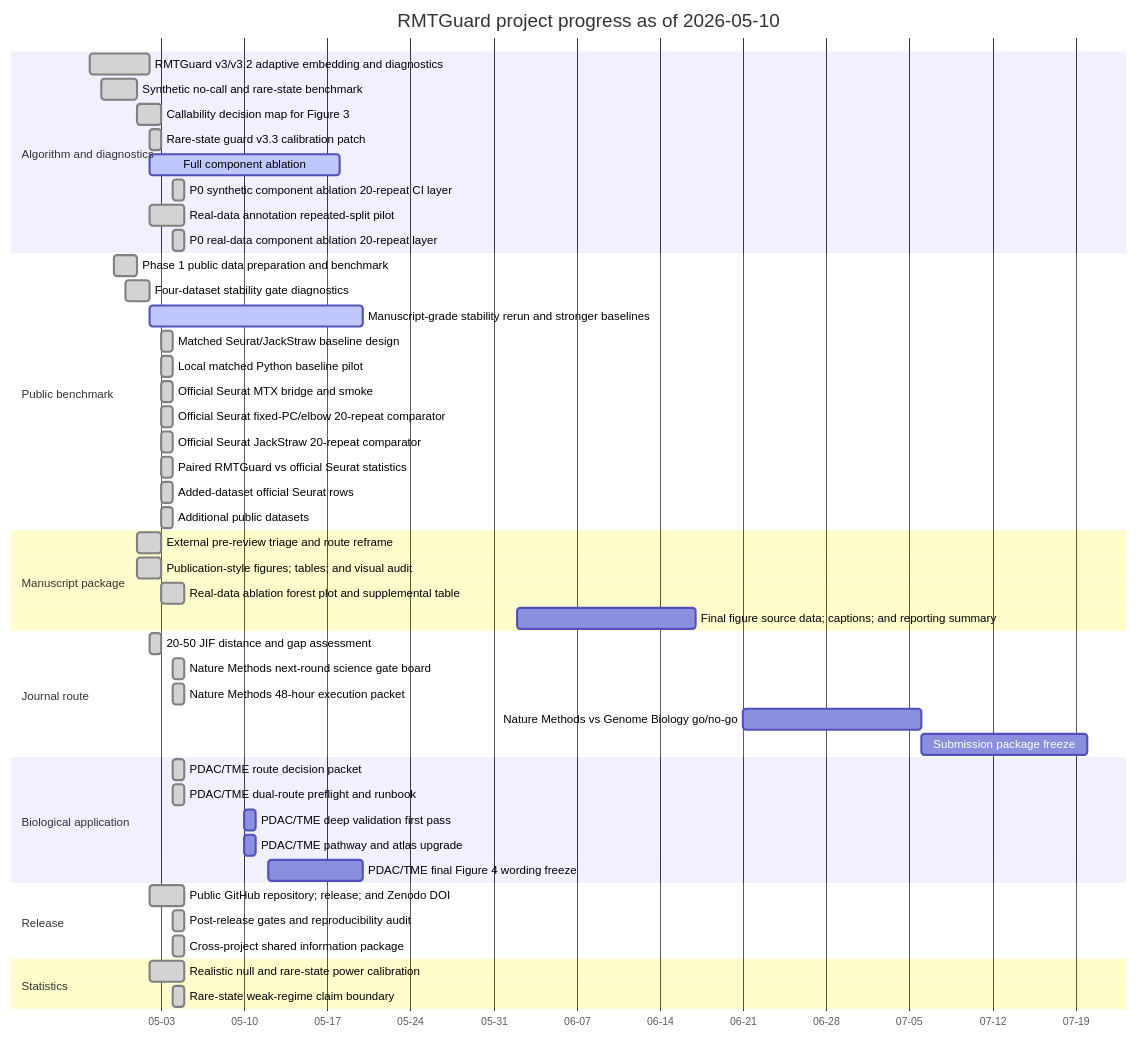
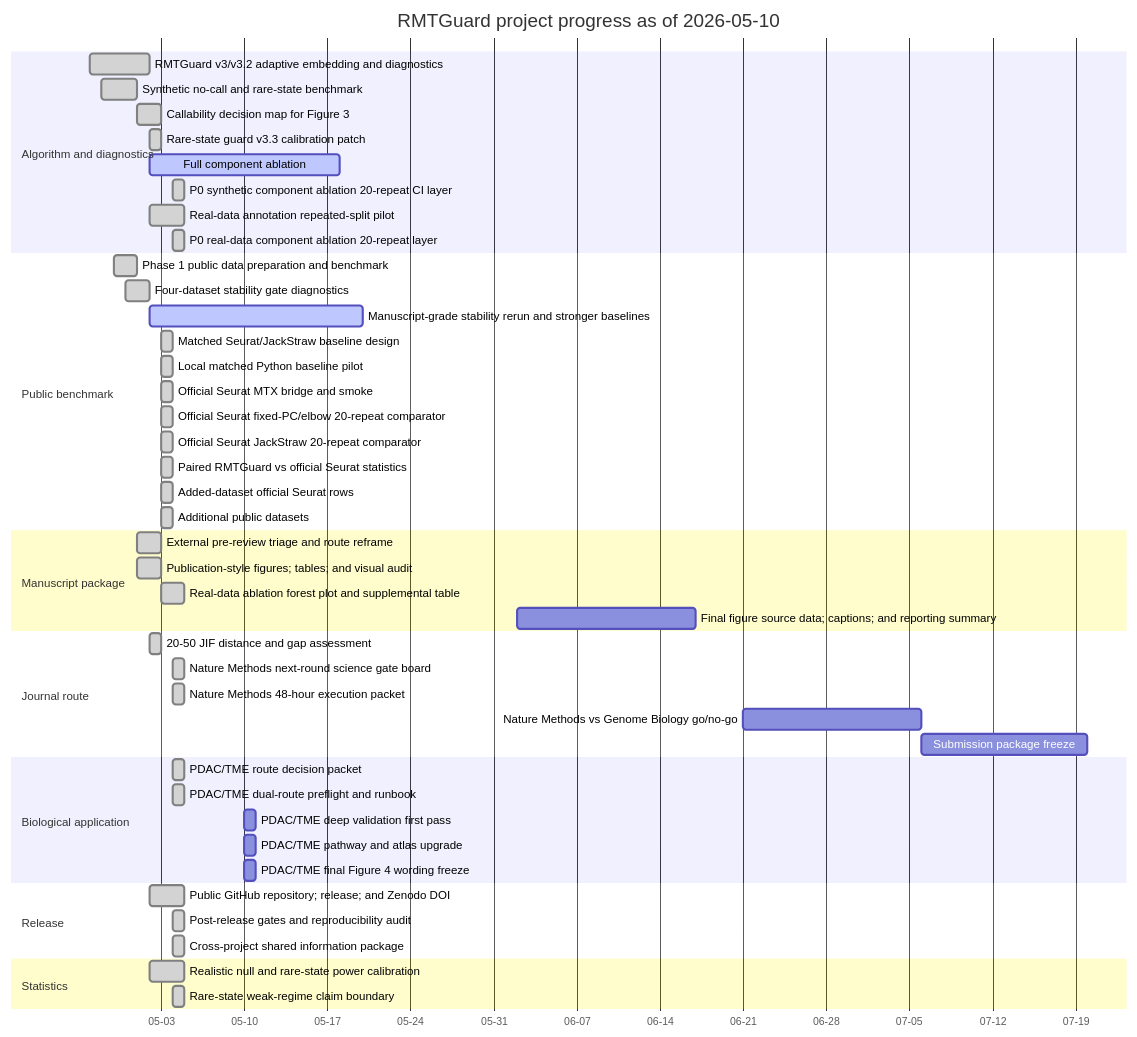
One commit to healthgreat/rmtguard changed the diagram in results/project_management/rmtguard_project_gantt.md. Above: the diagram before and after it, drawn with Mermaid. The commit also changed other lines of this file and 24 other files, not shown here.

Commit message:
Freeze bounded PDAC Figure 4 wording

````diff
--- a/results/project_management/rmtguard_project_gantt.md
+++ b/results/project_management/rmtguard_project_gantt.md
@@ -13,51 +13,51 @@
 ```mermaid
 gantt
     title RMTGuard project progress as of 2026-05-10
     dateFormat  YYYY-MM-DD
     axisFormat  %m-%d
     section Algorithm and diagnostics
     RMTGuard v3/v3.2 adaptive embedding and diagnostics :done, T01, 2026-04-27, 5d
     Synthetic no-call and rare-state benchmark :done, T02, 2026-04-28, 3d
     Callability decision map for Figure 3 :done, T03, 2026-05-01, 2d
     Rare-state guard v3.3 calibration patch :done, T04, 2026-05-02, 1d
     Full component ablation :active, T18, 2026-05-02, 16d
     P0 synthetic component ablation 20-repeat CI layer :done, T19, 2026-05-04, 1d
     Real-data annotation repeated-split pilot :done, T20, 2026-05-02, 3d
     P0 real-data component ablation 20-repeat layer :done, T21, 2026-05-04, 1d
     section Public benchmark
     Phase 1 public data preparation and benchmark :done, T05, 2026-04-29, 2d
     Four-dataset stability gate diagnostics :done, T06, 2026-04-30, 2d
     Manuscript-grade stability rerun and stronger baselines :active, T17, 2026-05-02, 18d
     Matched Seurat/JackStraw baseline design :done, T23, 2026-05-03, 1d
     Local matched Python baseline pilot :done, T24, 2026-05-03, 1d
     Official Seurat MTX bridge and smoke :done, T25, 2026-05-03, 1d
     Official Seurat fixed-PC/elbow 20-repeat comparator :done, T26, 2026-05-03, 1d
     Official Seurat JackStraw 20-repeat comparator :done, T27, 2026-05-03, 1d
     Paired RMTGuard vs official Seurat statistics :done, T28, 2026-05-03, 1d
     Added-dataset official Seurat rows :done, T29, 2026-05-03, 1d
     Additional public datasets :done, T33, 2026-05-03, 1d
     section Manuscript package
     External pre-review triage and route reframe :done, T07, 2026-05-01, 2d
     Publication-style figures; tables; and visual audit :done, T08, 2026-05-01, 2d
     Real-data ablation forest plot and supplemental table :done, T22, 2026-05-03, 2d
     Final figure source data; captions; and reporting summary :T34, 2026-06-02, 15d
     section Journal route
     20-50 JIF distance and gap assessment :done, T09, 2026-05-02, 1d
     Nature Methods next-round science gate board :done, T10, 2026-05-04, 1d
     Nature Methods 48-hour execution packet :done, T11, 2026-05-04, 1d
     Nature Methods vs Genome Biology go/no-go :T37, 2026-06-21, 15d
     Submission package freeze :T38, 2026-07-06, 14d
     section Biological application
     PDAC/TME route decision packet :done, T12, 2026-05-04, 1d
     PDAC/TME dual-route preflight and runbook :done, T13, 2026-05-04, 1d
     PDAC/TME deep validation first pass :T30, 2026-05-10, 1d
     PDAC/TME pathway and atlas upgrade :T31, 2026-05-10, 1d
-    PDAC/TME final Figure 4 wording freeze :T32, 2026-05-12, 8d
+    PDAC/TME final Figure 4 wording freeze :T32, 2026-05-10, 1d
     section Release
     Public GitHub repository; release; and Zenodo DOI :done, T14, 2026-05-02, 3d
     Post-release gates and reproducibility audit :done, T35, 2026-05-04, 1d
     Cross-project shared information package :done, T36, 2026-05-04, 1d
     section Statistics
     Realistic null and rare-state power calibration :done, T15, 2026-05-02, 3d
     Rare-state weak-regime claim boundary :done, T16, 2026-05-04, 1d
 ```
````
